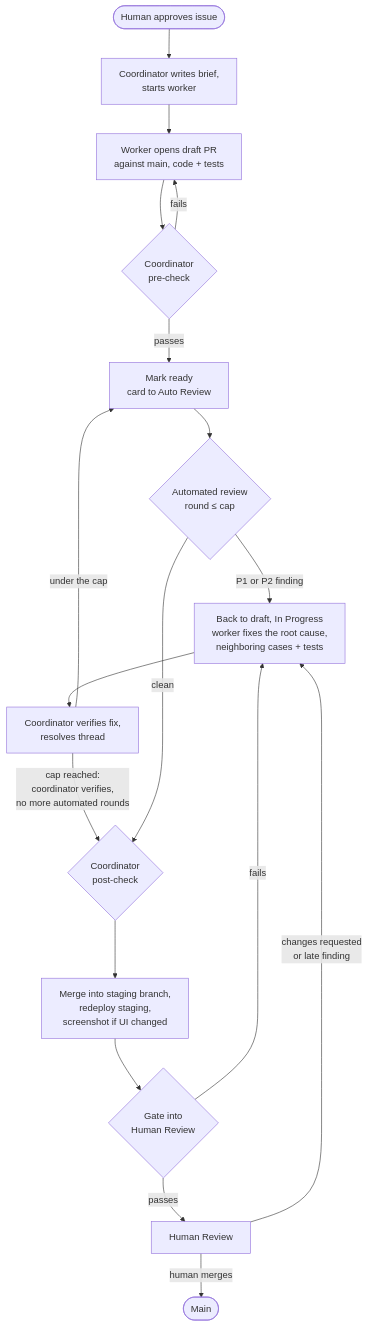
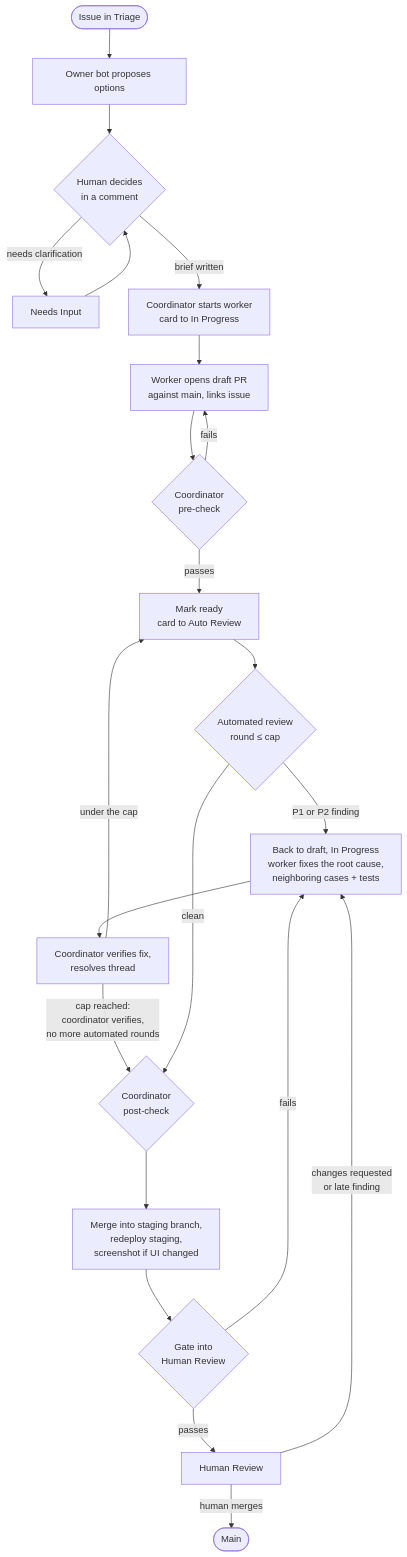
The diagram in diagrams-src/loop.mmd (tangentcode/methodology), drawn with Mermaid before and after one commit. The commit also changed 12 other files, not shown here.

First line of the commit message:
Workflow: Triage starts with options, a human decision, then a brief or Needs Input

```diff
--- a/diagrams-src/loop.mmd
+++ b/diagrams-src/loop.mmd
@@ -1,18 +1,22 @@
 flowchart TD
-    A([Human approves issue]) --> B[Coordinator writes brief,<br/>starts worker]
-    B --> C[Worker opens draft PR<br/>against main, code + tests]
-    C --> D{Coordinator<br/>pre-check}
-    D -->|fails| C
-    D -->|passes| E[Mark ready<br/>card to Auto Review]
-    E --> F{Automated review<br/>round ≤ cap}
-    F -->|P1 or P2 finding| G[Back to draft, In Progress<br/>worker fixes the root cause,<br/>neighboring cases + tests]
-    G --> H[Coordinator verifies fix,<br/>resolves thread]
-    H -->|under the cap| E
-    H -->|cap reached:<br/>coordinator verifies,<br/>no more automated rounds| I
-    F -->|clean| I{Coordinator<br/>post-check}
-    I --> J[Merge into staging branch,<br/>redeploy staging,<br/>screenshot if UI changed]
-    J --> K{Gate into<br/>Human Review}
-    K -->|passes| L[Human Review]
-    K -->|fails| G
-    L -->|changes requested<br/>or late finding| G
-    L -->|human merges| M([Main])
+    A([Issue in Triage]) --> B[Owner bot proposes options]
+    B --> C{Human decides<br/>in a comment}
+    C -->|needs clarification| NI[Needs Input]
+    NI --> C
+    C -->|brief written| D[Coordinator starts worker<br/>card to In Progress]
+    D --> E[Worker opens draft PR<br/>against main, links issue]
+    E --> F{Coordinator<br/>pre-check}
+    F -->|fails| E
+    F -->|passes| G[Mark ready<br/>card to Auto Review]
+    G --> H{Automated review<br/>round ≤ cap}
+    H -->|P1 or P2 finding| I[Back to draft, In Progress<br/>worker fixes the root cause,<br/>neighboring cases + tests]
+    I --> J[Coordinator verifies fix,<br/>resolves thread]
+    J -->|under the cap| G
+    J -->|cap reached:<br/>coordinator verifies,<br/>no more automated rounds| K
+    H -->|clean| K{Coordinator<br/>post-check}
+    K --> L[Merge into staging branch,<br/>redeploy staging,<br/>screenshot if UI changed]
+    L --> M{Gate into<br/>Human Review}
+    M -->|passes| N[Human Review]
+    M -->|fails| I
+    N -->|changes requested<br/>or late finding| I
+    N -->|human merges| O([Main])
```
